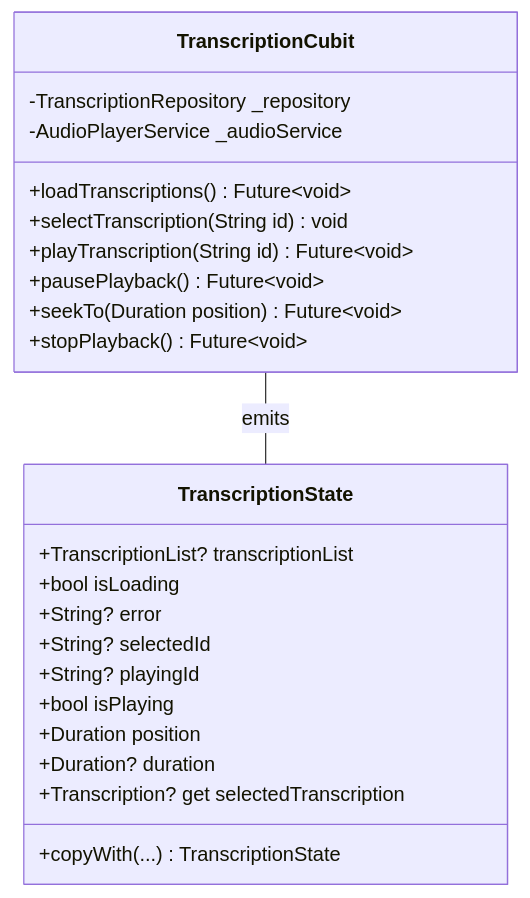
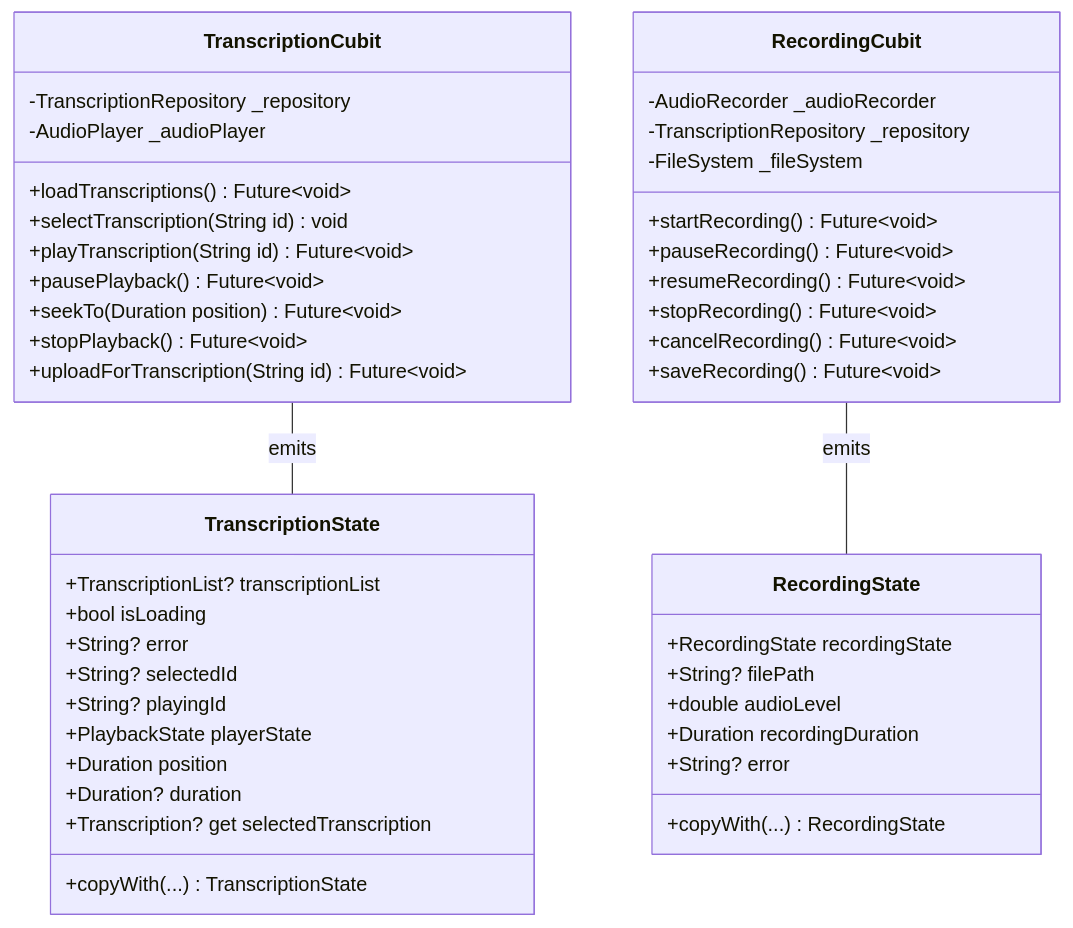
The fourth of 9 diagrams in docs/new_architecture.md (MediScribe/docjet-mobile), drawn with Mermaid before and after one commit. The commit also changed other lines of this file and 1 other file, not shown here.

Commit message:
updated current and new architecture docs

````diff
--- a/docs/new_architecture.md
+++ b/docs/new_architecture.md
@@ -165,28 +260,51 @@
 ```mermaid
 classDiagram
     class TranscriptionState {
         +TranscriptionList? transcriptionList
         +bool isLoading
         +String? error
         +String? selectedId
         +String? playingId
-        +bool isPlaying
+        +PlaybackState playerState
         +Duration position
         +Duration? duration
         +Transcription? get selectedTranscription
         +copyWith(...) TranscriptionState
     }
     
     class TranscriptionCubit {
         -TranscriptionRepository _repository
-        -AudioPlayerService _audioService
+        -AudioPlayer _audioPlayer
         +loadTranscriptions() Future~void~
         +selectTranscription(String id) void
         +playTranscription(String id) Future~void~
         +pausePlayback() Future~void~
         +seekTo(Duration position) Future~void~
         +stopPlayback() Future~void~
+        +uploadForTranscription(String id) Future~void~
+    }
+    
+    class RecordingState {
+        +RecordingState recordingState
+        +String? filePath
+        +double audioLevel
+        +Duration recordingDuration
+        +String? error
+        +copyWith(...) RecordingState
+    }
+    
+    class RecordingCubit {
+        -AudioRecorder _audioRecorder
+        -TranscriptionRepository _repository
+        -FileSystem _fileSystem
+        +startRecording() Future~void~
+        +pauseRecording() Future~void~
+        +resumeRecording() Future~void~
+        +stopRecording() Future~void~
+        +cancelRecording() Future~void~
+        +saveRecording() Future~void~
     }
     
     TranscriptionCubit -- TranscriptionState : emits
+    RecordingCubit -- RecordingState : emits
 ```
````
